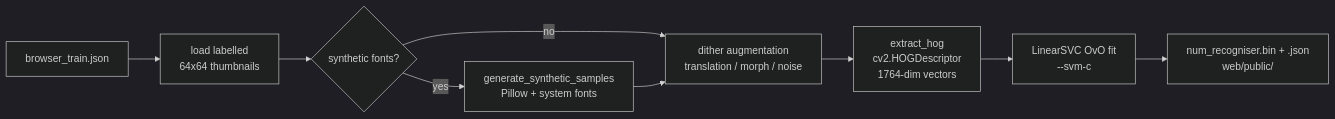
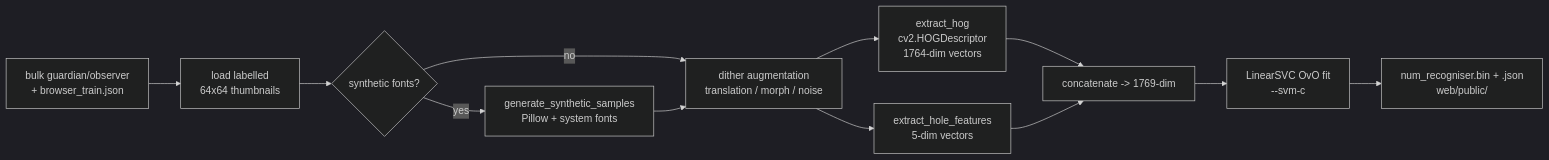
Diagram 11 of 11 in docs/image-pipeline.md (gbarrett28/cagedoku), drawn with Mermaid (dark theme) before and after one commit. The commit also changed other lines of this file and 13 other files, not shown here.

````diff
--- a/docs/image-pipeline.md
+++ b/docs/image-pipeline.md
@@ -487,11 +569,14 @@
 ```mermaid
 flowchart LR
-    A[browser_train.json] --> B[load labelled\n64x64 thumbnails]
+    A[bulk guardian/observer\n+ browser_train.json] --> B[load labelled\n64x64 thumbnails]
     B --> C{synthetic fonts?}
     C -- yes --> D[generate_synthetic_samples\nPillow + system fonts]
     C -- no --> E[dither augmentation\ntranslation / morph / noise]
     D --> E
     E --> F[extract_hog\ncv2.HOGDescriptor\n1764-dim vectors]
-    F --> G[LinearSVC OvO fit\n--svm-c]
-    G --> H[num_recogniser.bin + .json\nweb/public/]
+    E --> G[extract_hole_features\n5-dim vectors]
+    F --> H[concatenate -> 1769-dim]
+    G --> H
+    H --> I[LinearSVC OvO fit\n--svm-c]
+    I --> J[num_recogniser.bin + .json\nweb/public/]
 ```
````
